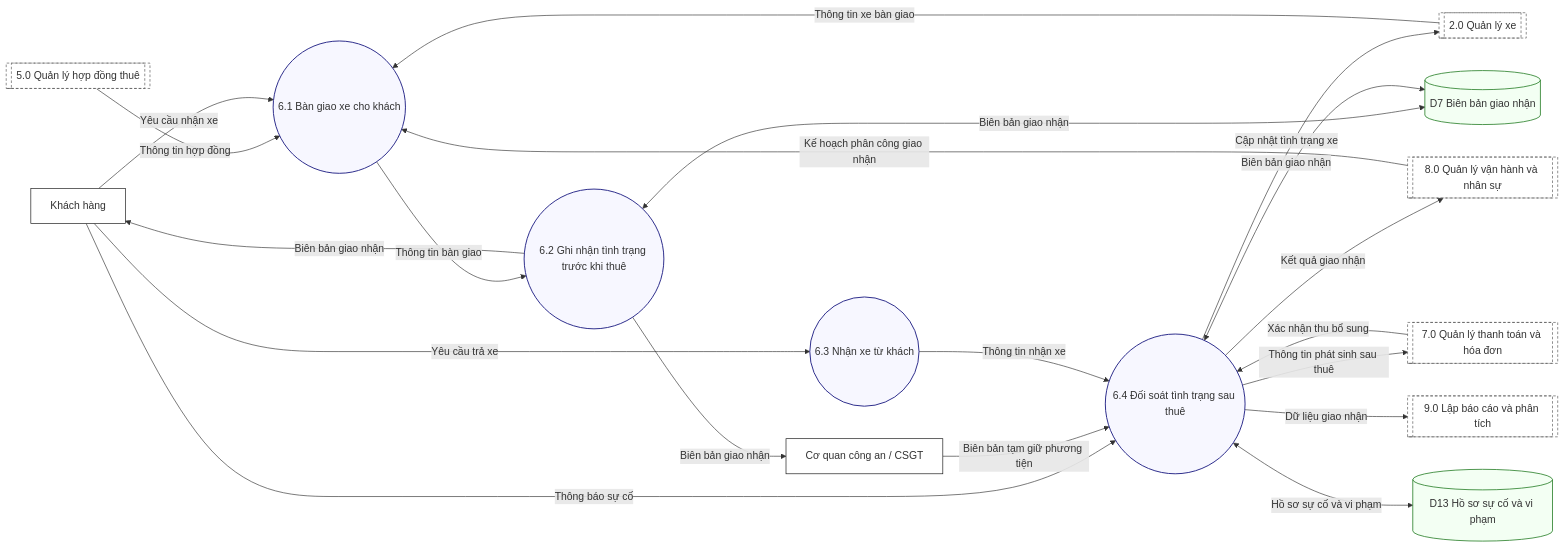
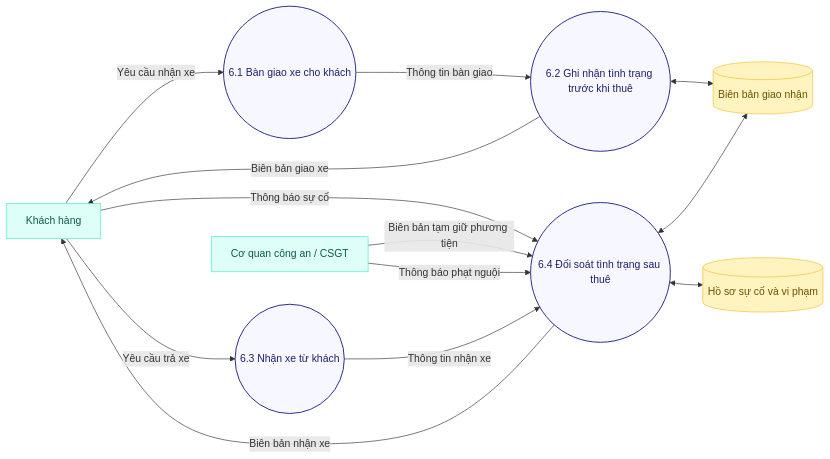
One commit to TriNguyenThanh/UCar changed the diagram in Docs/UML/DFD_6.mmd. Above: the diagram before and after it, drawn with Mermaid. The commit also changed 58 other files, not shown here.

```diff
--- a/Docs/UML/DFD_6.mmd
+++ b/Docs/UML/DFD_6.mmd
@@ -1,47 +1,31 @@
 flowchart LR
-  classDef ext fill:#fff,stroke:#111,stroke-width:1px;
-  classDef proc fill:#f7f7ff,stroke:#2b2b8a,stroke-width:1.5px;
-  classDef store fill:#f3fff3,stroke:#1f7a1f,stroke-width:1.2px;
-  classDef internal fill:#fff,stroke:#555,stroke-width:1px,stroke-dasharray: 4 3;
+  classDef ext fill:#DEFFF8,stroke:#46EDC8,stroke-width:1px,color:#0b5b4a;
+  classDef proc fill:#f7f7ff,stroke:#2b2b8a,stroke-width:1.5px,color:#1f1f6b;
+  classDef store fill:#FFF3BF,stroke:#F2C94C,stroke-width:1.2px,color:#6b5200;
 
   KH[Khách hàng]:::ext
   CA[Cơ quan công an / CSGT]:::ext
 
-  P5i[[5.0 Quản lý hợp đồng thuê]]:::internal
-  P2i[[2.0 Quản lý xe]]:::internal
-  P7i[[7.0 Quản lý thanh toán và hóa đơn]]:::internal
-  P8i[[8.0 Quản lý vận hành và nhân sự]]:::internal
-  P9i[[9.0 Lập báo cáo và phân tích]]:::internal
-
-  D7[(D7 Biên bản giao nhận)]:::store
-  D13[(D13 Hồ sơ sự cố và vi phạm)]:::store
+  D7[(Biên bản giao nhận)]:::store
+  D13[(Hồ sơ sự cố và vi phạm)]:::store
 
   P61((6.1 Bàn giao xe cho khách)):::proc
   P62((6.2 Ghi nhận tình trạng trước khi thuê)):::proc
   P63((6.3 Nhận xe từ khách)):::proc
   P64((6.4 Đối soát tình trạng sau thuê)):::proc
 
-  P8i -->|Kế hoạch phân công giao nhận| P61
-  P5i -->|Thông tin hợp đồng| P61
-  P2i -->|Thông tin xe bàn giao| P61
   KH -->|Yêu cầu nhận xe| P61
 
   P61 -->|Thông tin bàn giao| P62
-  P62 <--> |Biên bản giao nhận| D7
-  P62 -->|Biên bản giao nhận| KH
-  P62 -->|Biên bản giao nhận| CA
+  P62 <--> D7
+  P62 -->|Biên bản giao xe| KH
 
   KH -->|Yêu cầu trả xe| P63
   KH -->|Thông báo sự cố| P64
   CA -->|Biên bản tạm giữ phương tiện| P64
+  CA -->|Thông báo phạt nguội| P64
 
   P63 -->|Thông tin nhận xe| P64
-  P64 <--> |Biên bản giao nhận| D7
-
-  P7i -->|Xác nhận thu bổ sung| P64
-  P64 -->|Cập nhật tình trạng xe| P2i
-  P64 -->|Thông tin phát sinh sau thuê| P7i
-  P64 -->|Kết quả giao nhận| P8i
-  P64 -->|Dữ liệu giao nhận| P9i
-
-  P64 <--> |Hồ sơ sự cố và vi phạm| D13
+  P64 <--> D7
+  P64 -->|Biên bản nhận xe| KH
+  P64 <--> D13
```
